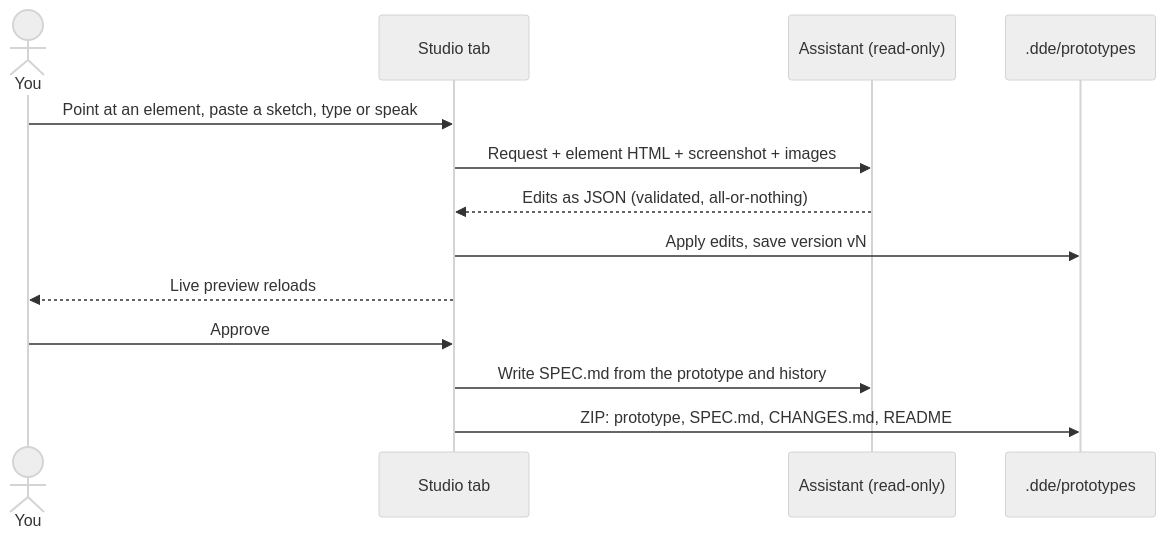
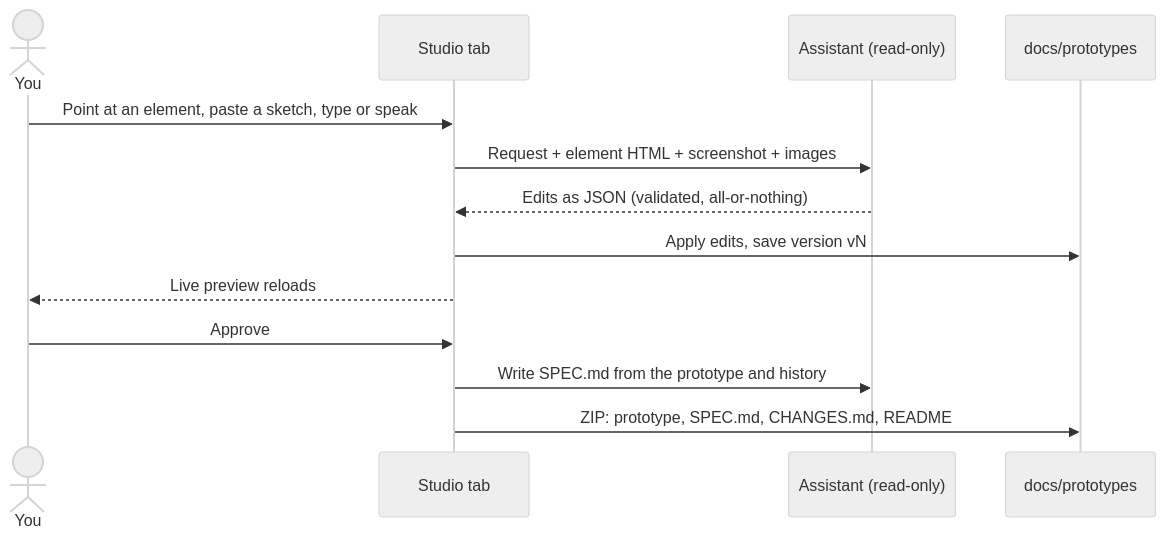
The sixth of 8 diagrams in README.md (t-boris/MarkView), drawn with Mermaid (neutral theme) before and after one commit. The commit also changed other lines of this file and 9 other files, not shown here.

First line of the commit message:
feat(prototype): store prototypes in docs/prototypes and migrate .dde/prototypes once (DEC-006)

````diff
--- a/README.md
+++ b/README.md
@@ -340,15 +342,15 @@
 ```mermaid
 sequenceDiagram
     actor You
     participant Studio as Studio tab
     participant AI as Assistant (read-only)
-    participant Disk as .dde/prototypes
+    participant Disk as docs/prototypes
     You->>Studio: Point at an element, paste a sketch, type or speak
     Studio->>AI: Request + element HTML + screenshot + images
     AI-->>Studio: Edits as JSON (validated, all-or-nothing)
     Studio->>Disk: Apply edits, save version vN
     Studio-->>You: Live preview reloads
     You->>Studio: Approve
     Studio->>AI: Write SPEC.md from the prototype and history
     Studio->>Disk: ZIP: prototype, SPEC.md, CHANGES.md, README
 ```
````
